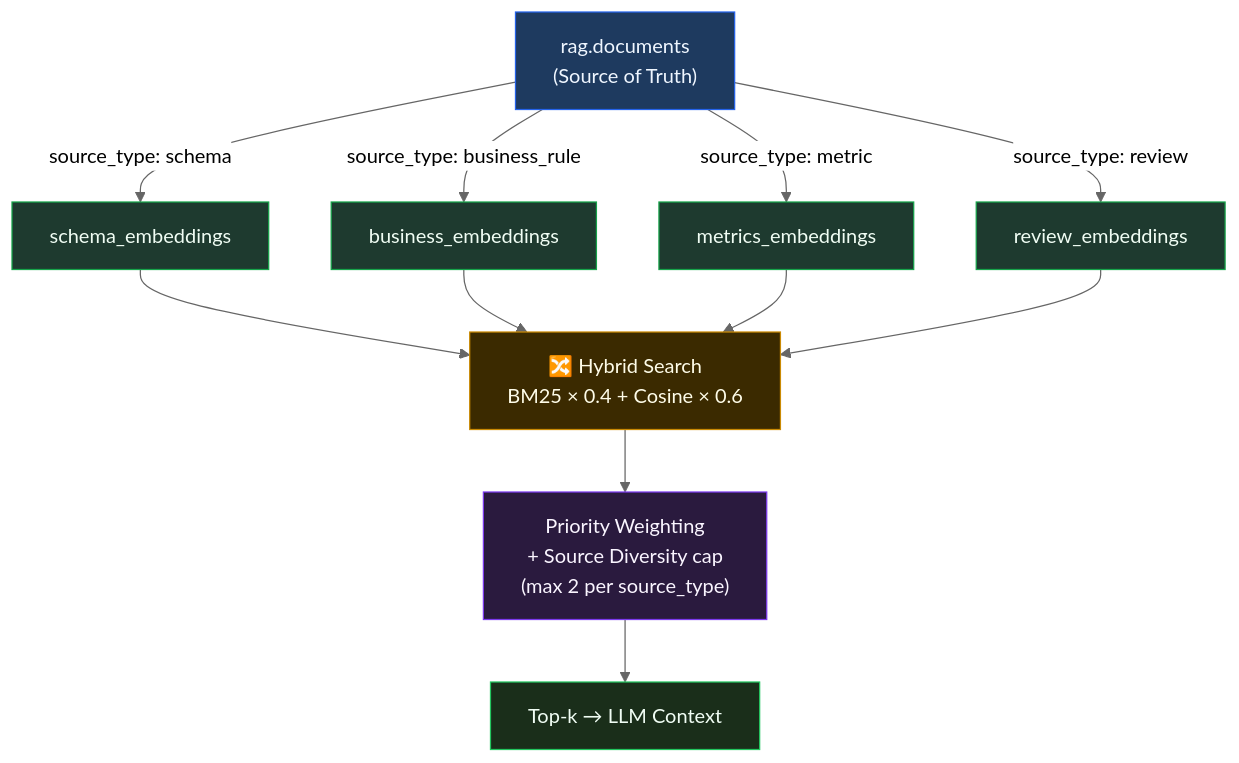
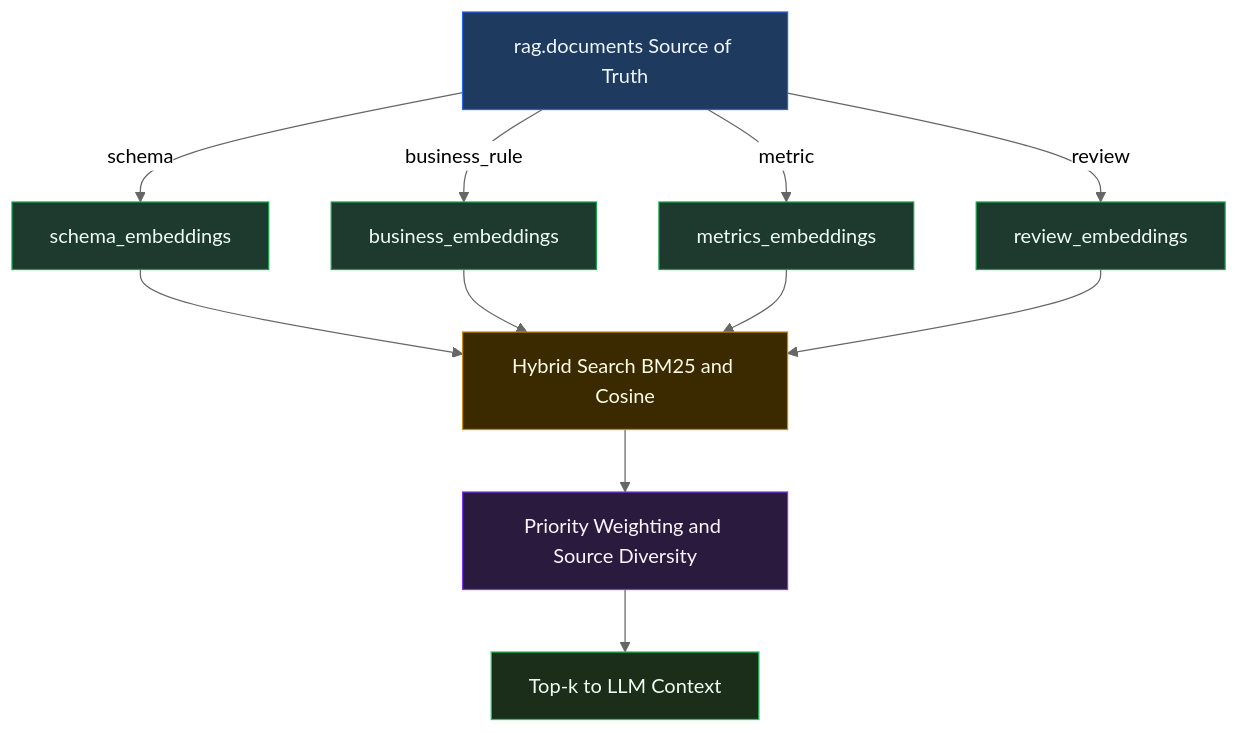
One commit to Mohamed-Elmasry16/Recovera-Hybrid-Database-Architecture changed the third of 6 diagrams in README.md. Above: the diagram before and after it, drawn with Mermaid (neutral theme). The commit also changed other lines of this file, not shown here.

````diff
--- a/README.md
+++ b/README.md
@@ -244,20 +237,23 @@
 ```mermaid
 flowchart TD
-    SRC["rag.documents\n(Source of Truth)"]:::src
+    SRC["rag.documents Source of Truth"]:::src
 
-    SRC -->|source_type: schema| SE["schema_embeddings"]:::emb
-    SRC -->|source_type: business_rule| BE["business_embeddings"]:::emb
-    SRC -->|source_type: metric| ME["metrics_embeddings"]:::emb
-    SRC -->|source_type: review| RE["review_embeddings"]:::emb
+    SRC -->|schema| SE["schema_embeddings"]:::emb
+    SRC -->|business_rule| BE["business_embeddings"]:::emb
+    SRC -->|metric| ME["metrics_embeddings"]:::emb
+    SRC -->|review| RE["review_embeddings"]:::emb
 
-    SE & BE & ME & RE --> HS["🔀 Hybrid Search\nBM25 × 0.4 + Cosine × 0.6"]:::fuse
+    SE --> HS["Hybrid Search BM25 and Cosine"]:::fuse
+    BE --> HS
+    ME --> HS
+    RE --> HS
 
-    HS --> PW["Priority Weighting\n+ Source Diversity cap\n(max 2 per source_type)"]:::rank
-    PW --> CTX["Top-k → LLM Context"]:::out
+    HS --> PW["Priority Weighting and Source Diversity"]:::rank
+    PW --> CTX["Top-k to LLM Context"]:::out
 
-    classDef src  fill:#1e3a5f,stroke:#2563eb,color:#eff6ff
-    classDef emb  fill:#1e3a2f,stroke:#16a34a,color:#f0fdf4
+    classDef src fill:#1e3a5f,stroke:#2563eb,color:#eff6ff
+    classDef emb fill:#1e3a2f,stroke:#16a34a,color:#f0fdf4
     classDef fuse fill:#3b2a00,stroke:#ca8a04,color:#fefce8
     classDef rank fill:#2a1a3e,stroke:#7c3aed,color:#faf5ff
-    classDef out  fill:#1a2e1a,stroke:#22c55e,color:#f0fdf4
+    classDef out fill:#1a2e1a,stroke:#22c55e,color:#f0fdf4
 ```
````
